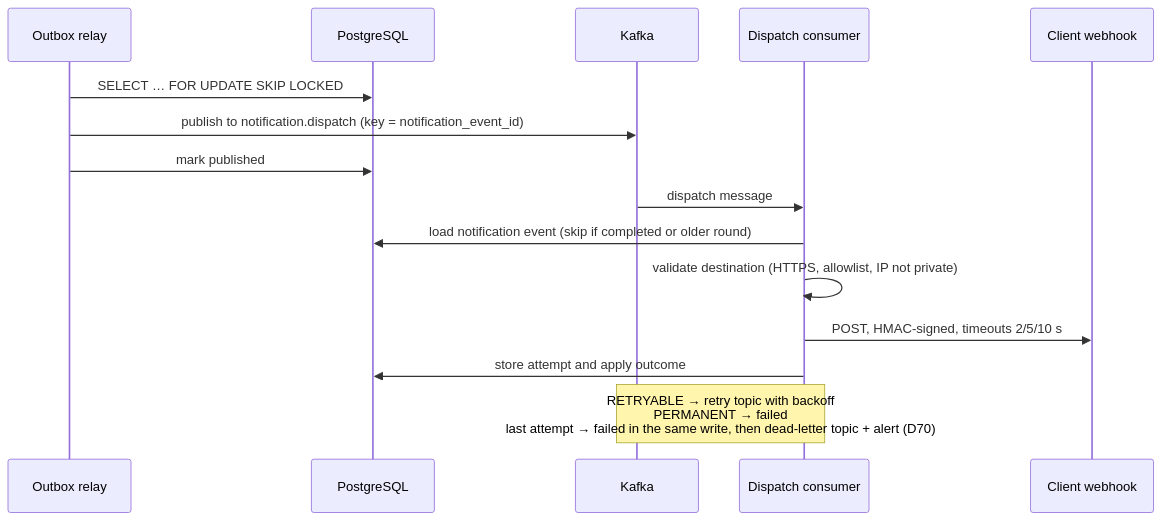
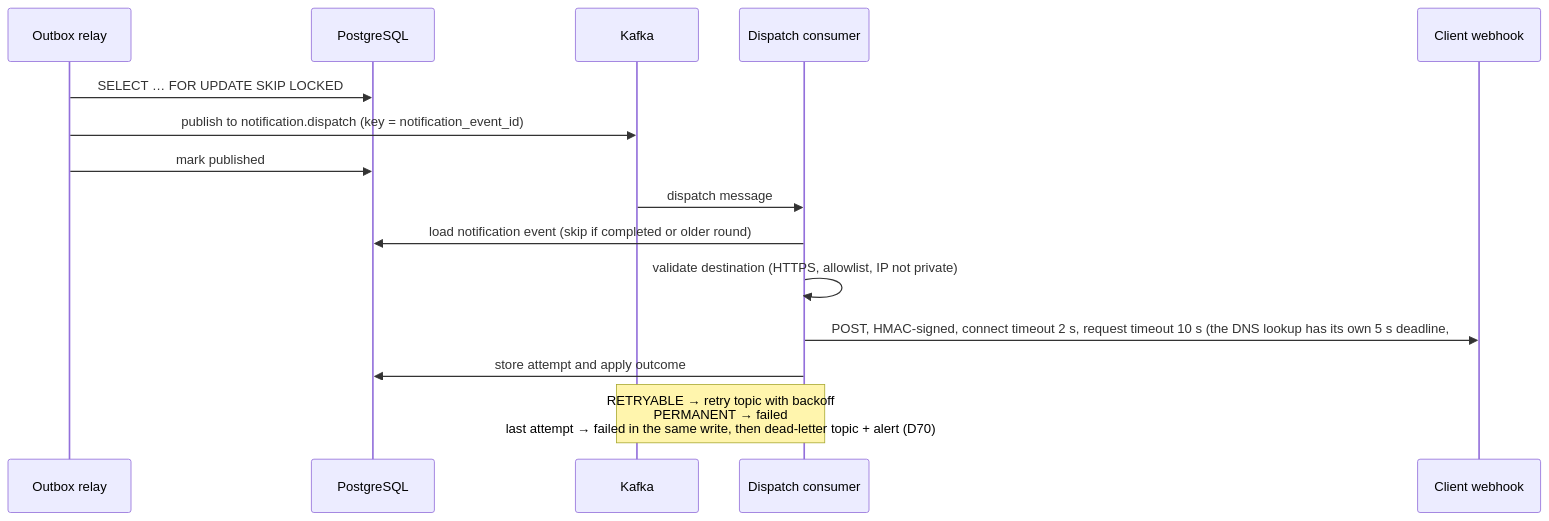
One commit to Crispelinho/cobre-webhook-notifications changed the sixth of 8 diagrams in docs/architecture/system-design.md. Above: the diagram before and after it, drawn with Mermaid. The commit also changed other lines of this file, not shown here.

Commit message:
docs(architecture): align system design names, columns and roles with the code

````diff
--- a/docs/architecture/system-design.md
+++ b/docs/architecture/system-design.md
@@ -163,17 +163,17 @@
 ```mermaid
 sequenceDiagram
     participant R as Outbox relay
     participant DB as PostgreSQL
     participant K as Kafka
     participant C as Dispatch consumer
     participant W as Client webhook
     R->>DB: SELECT … FOR UPDATE SKIP LOCKED
     R->>K: publish to notification.dispatch (key = notification_event_id)
     R->>DB: mark published
     K->>C: dispatch message
     C->>DB: load notification event (skip if completed or older round)
     C->>C: validate destination (HTTPS, allowlist, IP not private)
-    C->>W: POST, HMAC-signed, timeouts 2/5/10 s
+    C->>W: POST, HMAC-signed, connect timeout 2 s, request timeout 10 s (the DNS lookup has its own 5 s deadline, #38)
     C->>DB: store attempt and apply outcome
     Note over C,K: RETRYABLE → retry topic with backoff<br/>PERMANENT → failed<br/>last attempt → failed in the same write, then dead-letter topic + alert (D70)
 ```
````
